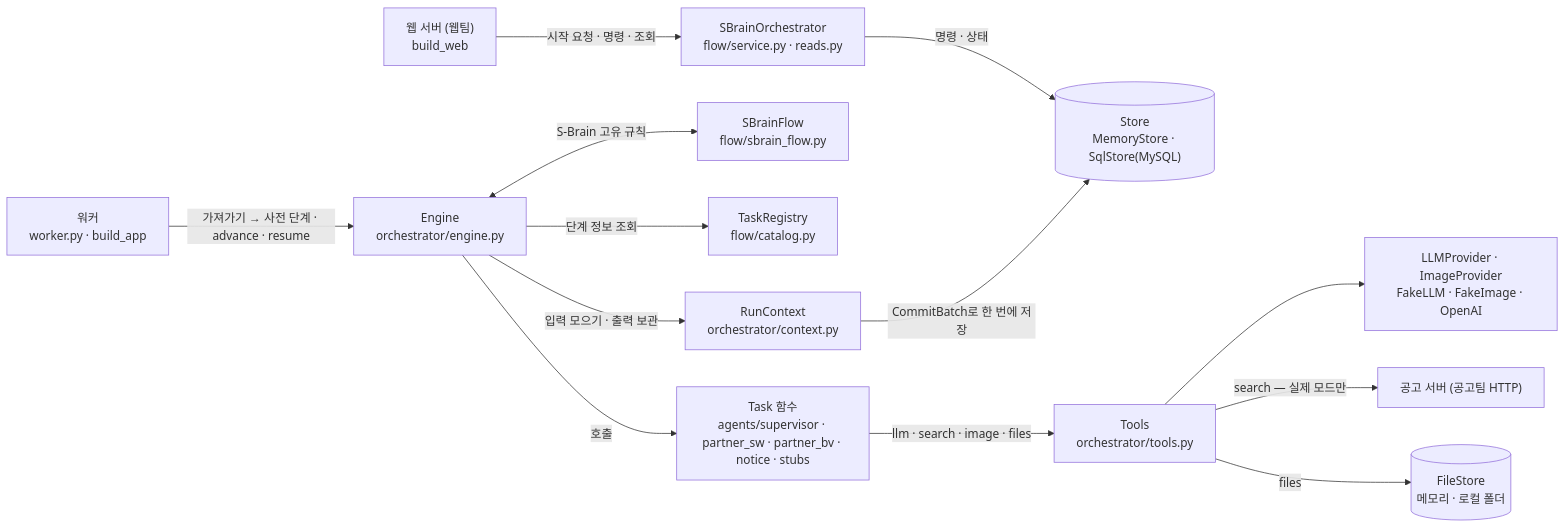
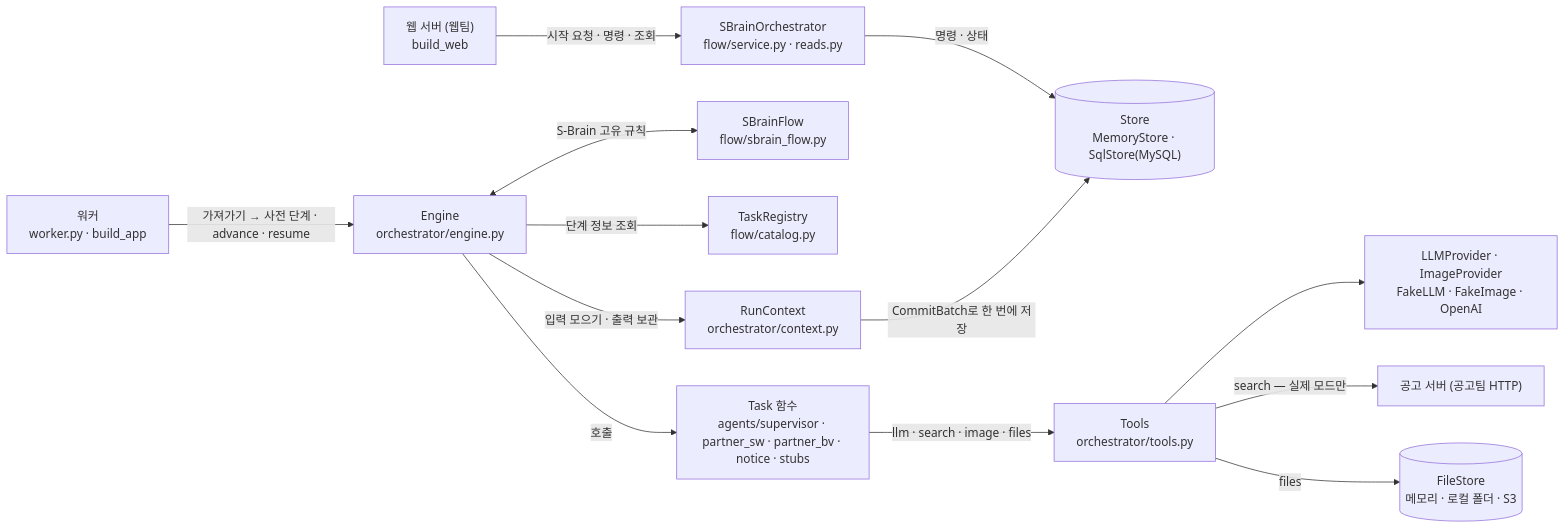
One commit to SKNETWORKS-FAMILY-AICAMP/SKN32-FINAL-1TEAM changed the second of 2 diagrams in agent-orchestration/README.md. Above: the diagram before and after it, drawn with Mermaid. The commit also changed other lines of this file and 77 other files, not shown here.

````diff
--- a/agent-orchestration/README.md
+++ b/agent-orchestration/README.md
@@ -475,15 +497,15 @@
 ```mermaid
 flowchart LR
   Web["웹 서버 (웹팀)<br/>build_web"] -->|"시작 요청 · 명령 · 조회"| Svc["SBrainOrchestrator<br/>flow/service.py · reads.py"]
   Wk["워커<br/>worker.py · build_app"] -->|"가져가기 → 사전 단계 · advance · resume"| Eng["Engine<br/>orchestrator/engine.py"]
   Svc -->|명령 · 상태| Store
   Eng <-->|S-Brain 고유 규칙| Flow["SBrainFlow<br/>flow/sbrain_flow.py"]
   Eng -->|단계 정보 조회| Reg["TaskRegistry<br/>flow/catalog.py"]
   Eng -->|"입력 모으기 · 출력 보관"| Ctx["RunContext<br/>orchestrator/context.py"]
   Ctx -->|"CommitBatch로 한 번에 저장"| Store[("Store<br/>MemoryStore · SqlStore(MySQL)")]
   Eng -->|호출| Fn["Task 함수<br/>agents/supervisor · partner_sw · partner_bv · notice · stubs"]
   Fn -->|"llm · search · image · files"| Tools["Tools<br/>orchestrator/tools.py"]
   Tools --> Prov["LLMProvider · ImageProvider<br/>FakeLLM · FakeImage · OpenAI"]
   Tools -->|"search — 실제 모드만"| NS["공고 서버 (공고팀 HTTP)"]
-  Tools -->|files| FS[("FileStore<br/>메모리 · 로컬 폴더")]
+  Tools -->|files| FS[("FileStore<br/>메모리 · 로컬 폴더 · S3")]
 ```
````
